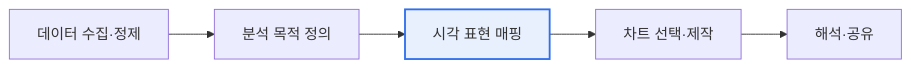
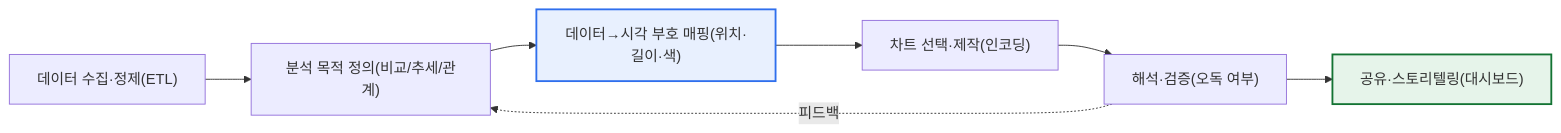
One commit to coninggu/wjdqhrhksflrltnftk changed the first of 2 diagrams in content/data-visualization.md. Above: the diagram before and after it, drawn with Mermaid. The commit also changed other lines of this file and 3 other files, not shown here.

````diff
--- a/content/data-visualization.md
+++ b/content/data-visualization.md
@@ -15,5 +21,11 @@
 ```mermaid
 flowchart LR
-  A[데이터 수집·정제] --> B[분석 목적 정의] --> C[시각 표현 매핑] --> D[차트 선택·제작] --> E[해석·공유]
+  A["데이터 수집·정제(ETL)"] --> B["분석 목적 정의(비교/추세/관계)"]
+  B --> C["데이터→시각 부호 매핑(위치·길이·색)"]
+  C --> D["차트 선택·제작(인코딩)"]
+  D --> E["해석·검증(오독 여부)"]
+  E --> F["공유·스토리텔링(대시보드)"]
+  E -.피드백.-> B
   style C fill:#e8f0fe,stroke:#2f6fed,stroke-width:2px
+  style F fill:#e6f4ea,stroke:#137333,stroke-width:2px
 ```
````
